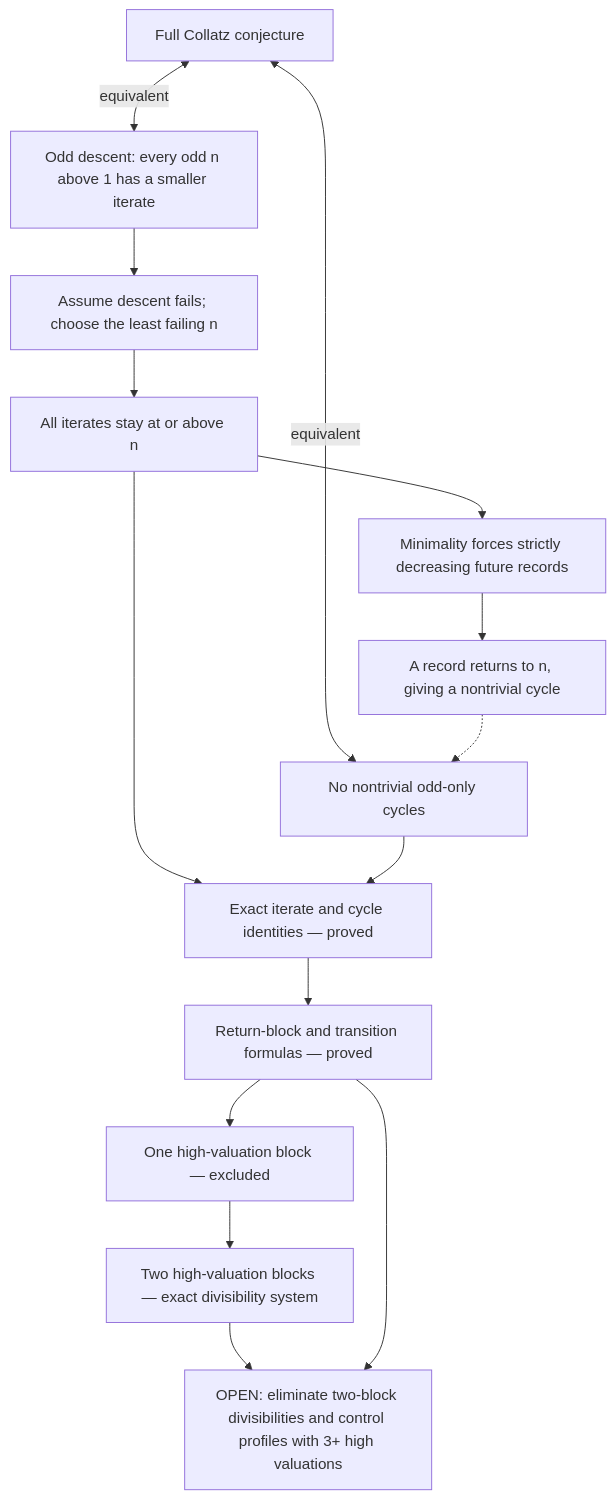
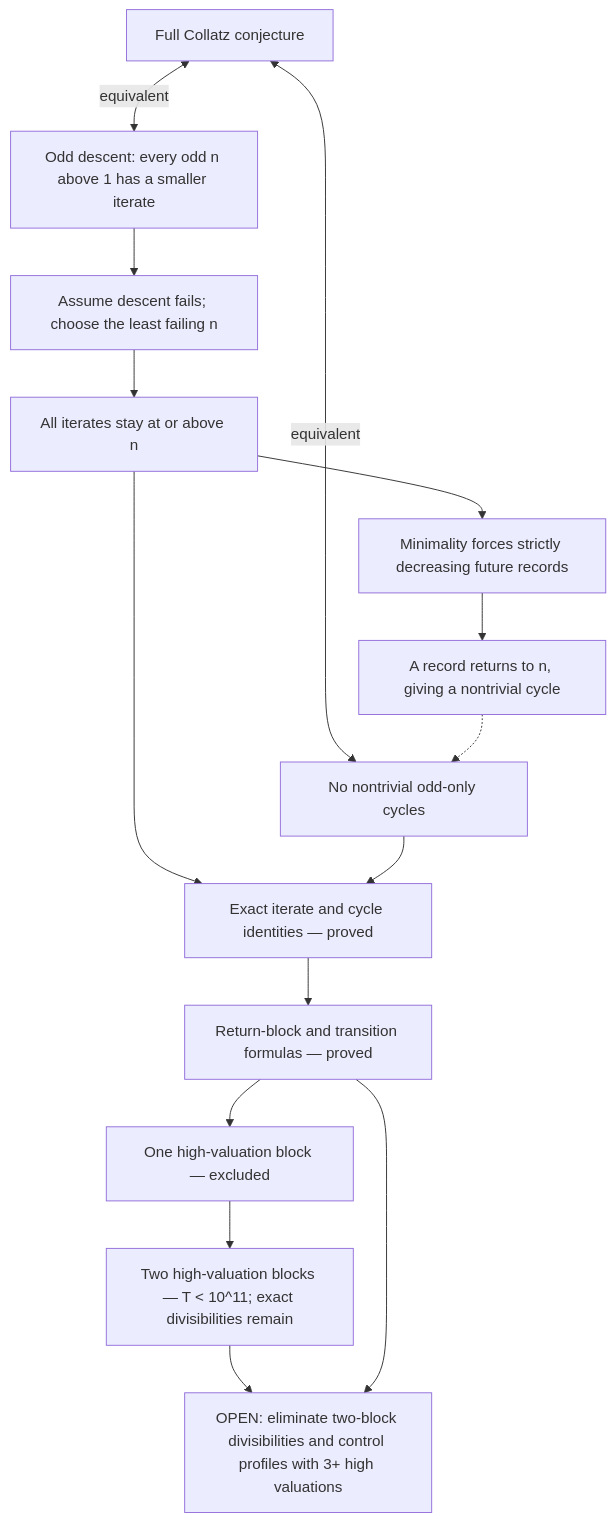
The diagram in ROADMAP.md (bassnicole1026-pixel/uctproject), drawn with Mermaid before and after one commit. The commit also changed other lines of this file and 1 other file, not shown here.

Commit message:
Bound periods for two-block Collatz cycles

````diff
--- a/ROADMAP.md
+++ b/ROADMAP.md
@@ -1101,17 +1131,17 @@
 ```mermaid
 flowchart TD
     C["Full Collatz conjecture"] <-->|equivalent| D["Odd descent: every odd n above 1 has a smaller iterate"]
     C <-->|equivalent| Q["No nontrivial odd-only cycles"]
     D --> H["Assume descent fails; choose the least failing n"]
     H --> N["All iterates stay at or above n"]
     N --> R["Minimality forces strictly decreasing future records"]
     R --> Y["A record returns to n, giving a nontrivial cycle"]
     Y -.-> Q
     N --> I["Exact iterate and cycle identities — proved"]
     Q --> I
     I --> B["Return-block and transition formulas — proved"]
     B --> H1["One high-valuation block — excluded"]
-    H1 --> H2["Two high-valuation blocks — exact divisibility system"]
+    H1 --> H2["Two high-valuation blocks — T < 10^11; exact divisibilities remain"]
     H2 --> O["OPEN: eliminate two-block divisibilities and control profiles with 3+ high valuations"]
     B --> O
 ```
````
